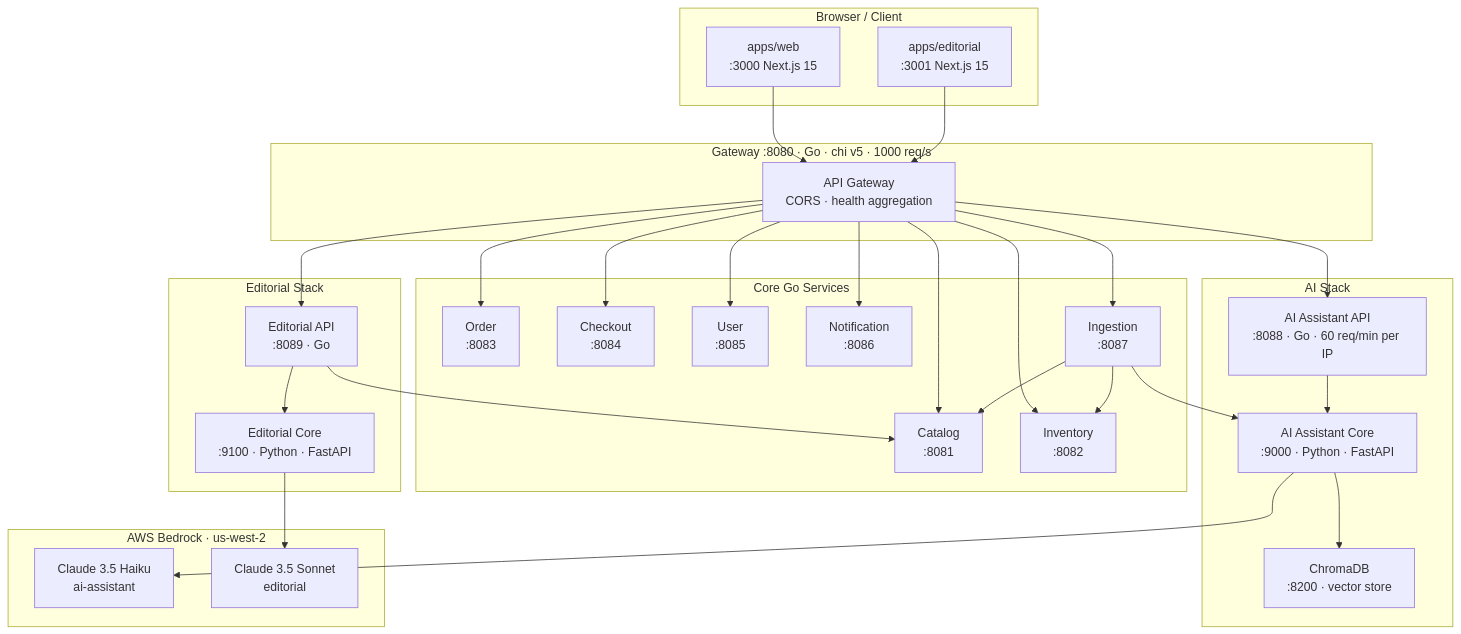
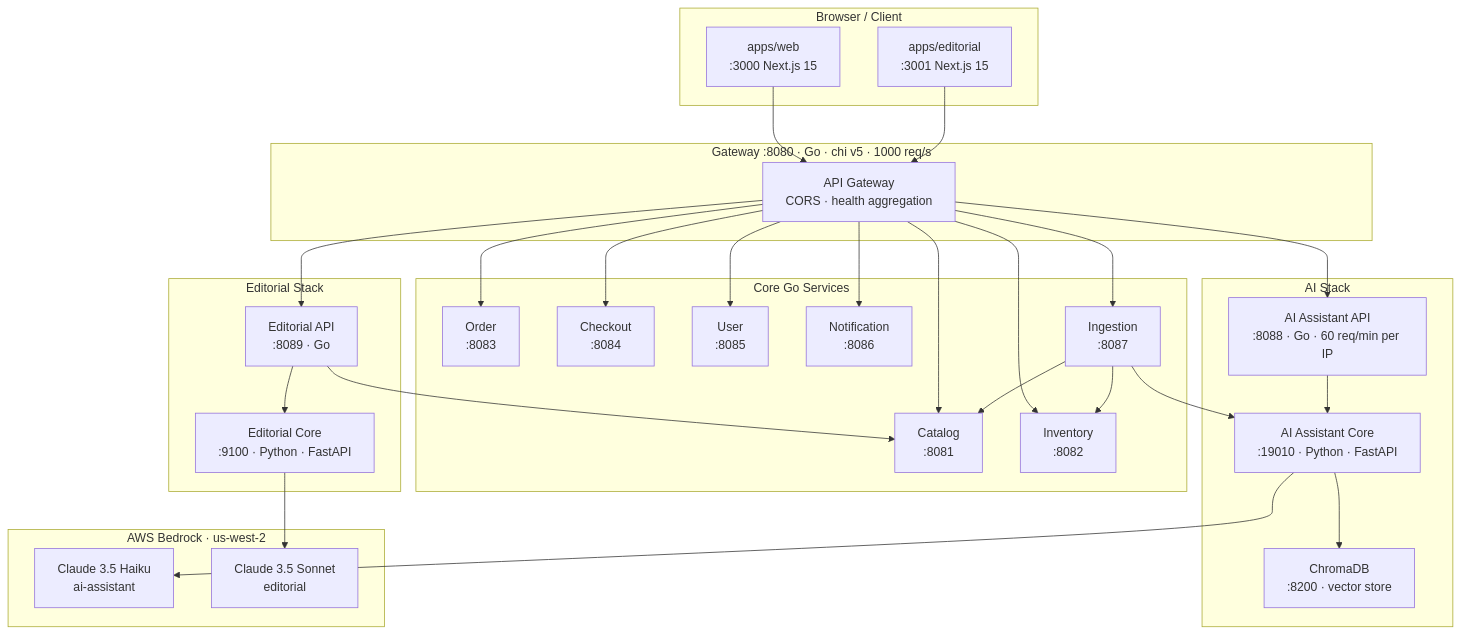
The first of 4 diagrams in README.md (asefatesfay/ai-driven-ecommerce), drawn with Mermaid before and after one commit. The commit also changed other lines of this file and 62 other files, not shown here.

````diff
--- a/README.md
+++ b/README.md
@@ -9,52 +9,52 @@
 ```mermaid
 graph TD
     subgraph Clients["Browser / Client"]
         WEB["apps/web\n:3000 Next.js 15"]
         EDI["apps/editorial\n:3001 Next.js 15"]
     end
 
     subgraph GW["Gateway :8080 · Go · chi v5 · 1000 req/s"]
         GATEWAY["API Gateway\nCORS · health aggregation"]
     end
 
     subgraph CoreServices["Core Go Services"]
         CAT["Catalog\n:8081"]
         INV["Inventory\n:8082"]
         ORD["Order\n:8083"]
         CHK["Checkout\n:8084"]
         USR["User\n:8085"]
         NOT["Notification\n:8086"]
         ING["Ingestion\n:8087"]
     end
 
     subgraph AIStack["AI Stack"]
         AIAPI["AI Assistant API\n:8088 · Go · 60 req/min per IP"]
-        AICORE["AI Assistant Core\n:9000 · Python · FastAPI"]
+        AICORE["AI Assistant Core\n:19010 · Python · FastAPI"]
         CHROMA["ChromaDB\n:8200 · vector store"]
     end
 
     subgraph EditorialStack["Editorial Stack"]
         EDIAPI["Editorial API\n:8089 · Go"]
         EDICORE["Editorial Core\n:9100 · Python · FastAPI"]
     end
 
     subgraph AWS["AWS Bedrock · us-west-2"]
         CLAUDE_H["Claude 3.5 Haiku\nai-assistant"]
         CLAUDE_S["Claude 3.5 Sonnet\neditorial"]
     end
 
     WEB --> GATEWAY
     EDI --> GATEWAY
     GATEWAY --> CAT & INV & ORD & CHK & USR & NOT & ING
     GATEWAY --> AIAPI
     GATEWAY --> EDIAPI
     AIAPI --> AICORE
     EDIAPI --> EDICORE
     AICORE --> CHROMA
     AICORE --> CLAUDE_H
     EDICORE --> CLAUDE_S
     ING --> CAT
     ING --> INV
     ING --> AICORE
     EDIAPI --> CAT
 ```
````
